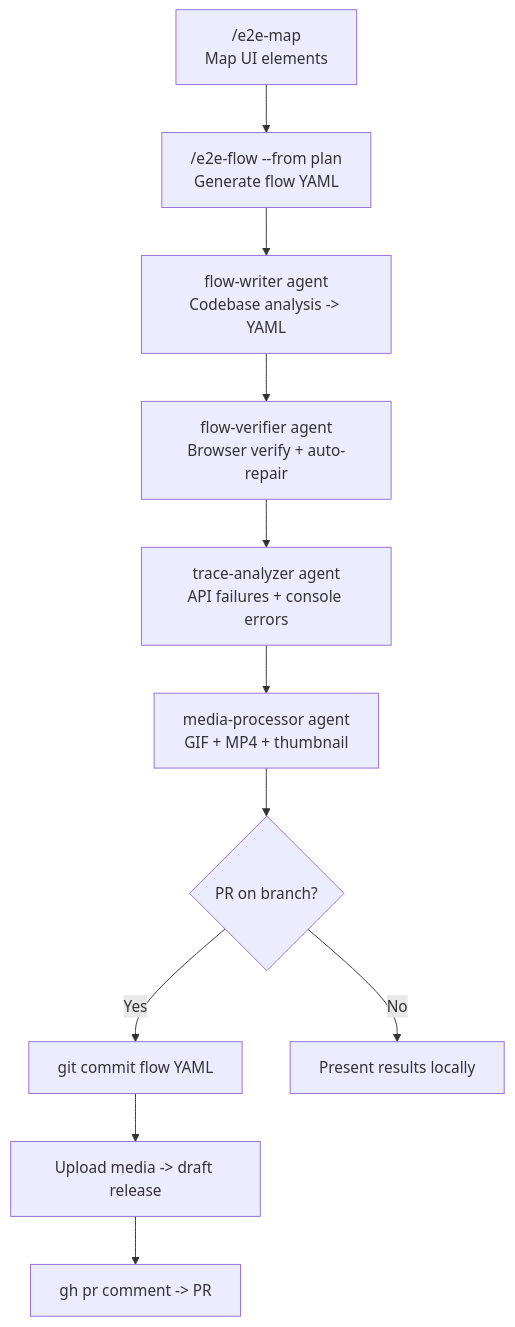
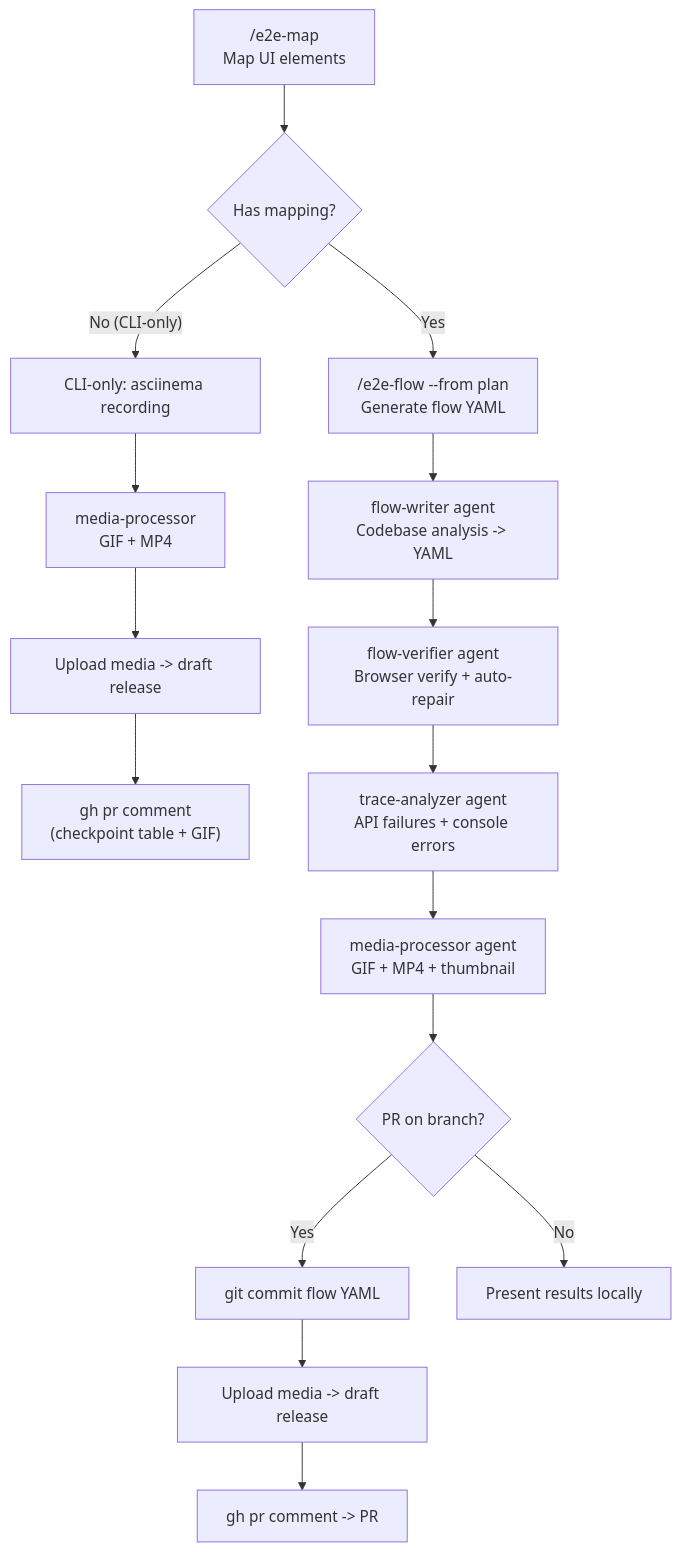
One commit to iamcxa/kc-claude-plugins changed the second of 2 diagrams in e2e-pipeline/docs/pr-workflow.md. Above: the diagram before and after it, drawn with Mermaid. The commit also changed other lines of this file and 1 other file, not shown here.

````diff
--- a/e2e-pipeline/docs/pr-workflow.md
+++ b/e2e-pipeline/docs/pr-workflow.md
@@ -42,13 +42,19 @@
 ```mermaid
 flowchart TD
-    M["/e2e-map<br/>Map UI elements"] --> F["/e2e-flow --from plan<br/>Generate flow YAML"]
+    M["/e2e-map<br/>Map UI elements"] --> HasMapping{"Has mapping?"}
+    HasMapping -->|Yes| F["/e2e-flow --from plan<br/>Generate flow YAML"]
+    HasMapping -->|"No (CLI-only)"| CLI["CLI-only: asciinema recording"]
+    CLI --> CLIMedia["media-processor<br/>GIF + MP4"]
+    CLIMedia --> CLIDraft["Upload media -> draft release"]
+    CLIDraft --> CLIPr["gh pr comment<br/>(checkpoint table + GIF)"]
+
     F --> W["flow-writer agent<br/>Codebase analysis -> YAML"]
     W --> V["flow-verifier agent<br/>Browser verify + auto-repair"]
     V --> T["trace-analyzer agent<br/>API failures + console errors"]
     T --> MP["media-processor agent<br/>GIF + MP4 + thumbnail"]
     MP --> C{"PR on branch?"}
     C -->|Yes| GC["git commit flow YAML"]
     GC --> DR["Upload media -> draft release"]
     DR --> PR["gh pr comment -> PR"]
     C -->|No| Done["Present results locally"]
 ```
````
